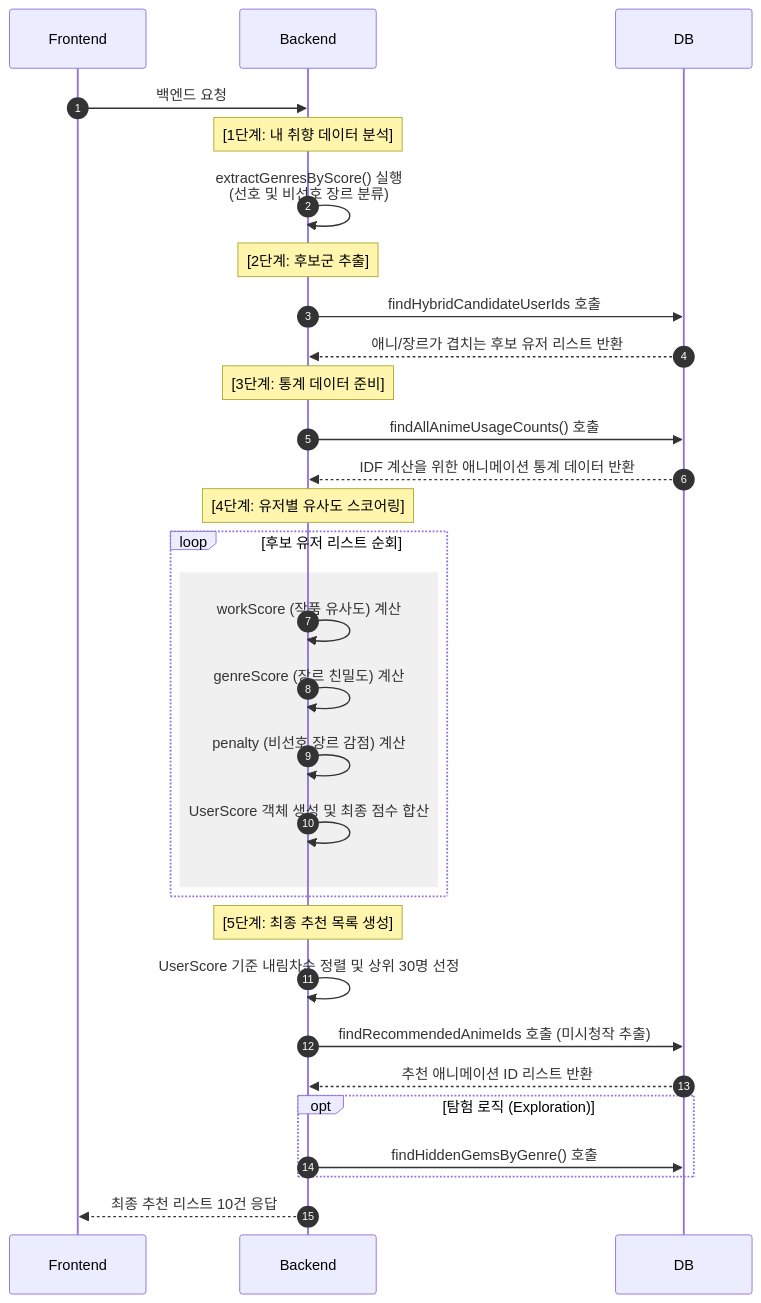
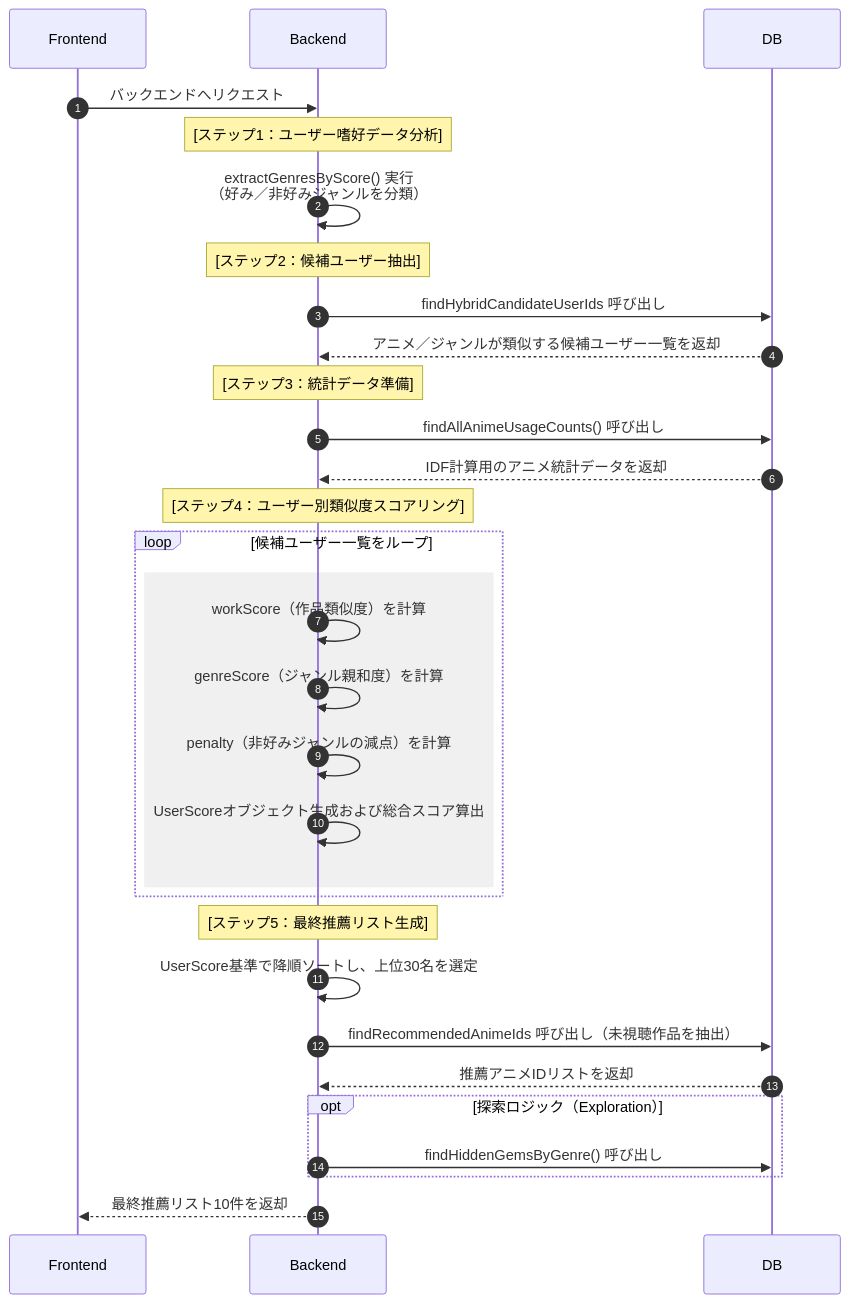
The diagram in README.md (You-HyunHo/ani-frontend), drawn with Mermaid before and after one commit. The commit also changed other lines of this file, not shown here.

````diff
--- a/README.md
+++ b/README.md
@@ -36,41 +35,41 @@
 ```mermaid
 sequenceDiagram
     autonumber
     participant FE as Frontend 
     participant BE as Backend 
     participant DB 
 
-    FE->>BE: 백엔드 요청
+    FE->>BE: バックエンドへリクエスト
     
-    Note over BE: [1단계: 내 취향 데이터 분석]
-    BE->>BE: extractGenresByScore() 실행<br/>(선호 및 비선호 장르 분류)
+    Note over BE: [ステップ1：ユーザー嗜好データ分析]
+    BE->>BE: extractGenresByScore() 実行<br/>（好み／非好みジャンルを分類）
 
-    Note over BE: [2단계: 후보군 추출]
-    BE->>DB: findHybridCandidateUserIds 호출
-    DB-->>BE: 애니/장르가 겹치는 후보 유저 리스트 반환
+    Note over BE: [ステップ2：候補ユーザー抽出]
+    BE->>DB: findHybridCandidateUserIds 呼び出し
+    DB-->>BE: アニメ／ジャンルが類似する候補ユーザー一覧を返却
 
-    Note over BE: [3단계: 통계 데이터 준비]
-    BE->>DB: findAllAnimeUsageCounts() 호출
-    DB-->>BE: IDF 계산을 위한 애니메이션 통계 데이터 반환
+    Note over BE: [ステップ3：統計データ準備]
+    BE->>DB: findAllAnimeUsageCounts() 呼び出し
+    DB-->>BE: IDF計算用のアニメ統計データを返却
 
-    Note over BE: [4단계: 유저별 유사도 스코어링]
-    loop 후보 유저 리스트 순회
+    Note over BE: [ステップ4：ユーザー別類似度スコアリング]
+    loop 候補ユーザー一覧をループ
         rect rgb(240, 240, 240)
-            BE->>BE: workScore (작품 유사도) 계산
-            BE->>BE: genreScore (장르 친밀도) 계산
-            BE->>BE: penalty (비선호 장르 감점) 계산
-            BE->>BE: UserScore 객체 생성 및 최종 점수 합산
+            BE->>BE: workScore（作品類似度）を計算
+            BE->>BE: genreScore（ジャンル親和度）を計算
+            BE->>BE: penalty（非好みジャンルの減点）を計算
+            BE->>BE: UserScoreオブジェクト生成および総合スコア算出
         end
     end
 
-    Note over BE: [5단계: 최종 추천 목록 생성]
-    BE->>BE: UserScore 기준 내림차순 정렬 및 상위 30명 선정
-    BE->>DB: findRecommendedAnimeIds 호출 (미시청작 추출)
-    DB-->>BE: 추천 애니메이션 ID 리스트 반환
+    Note over BE: [ステップ5：最終推薦リスト生成]
+    BE->>BE: UserScore基準で降順ソートし、上位30名を選定
+    BE->>DB: findRecommendedAnimeIds 呼び出し（未視聴作品を抽出）
+    DB-->>BE: 推薦アニメIDリストを返却
     
-    opt 탐험 로직 (Exploration)
-        BE->>DB: findHiddenGemsByGenre() 호출
+    opt 探索ロジック（Exploration）
+        BE->>DB: findHiddenGemsByGenre() 呼び出し
     end
 
-    BE-->>FE: 최종 추천 리스트 10건 응답
+    BE-->>FE: 最終推薦リスト10件を返却
 ```
````
